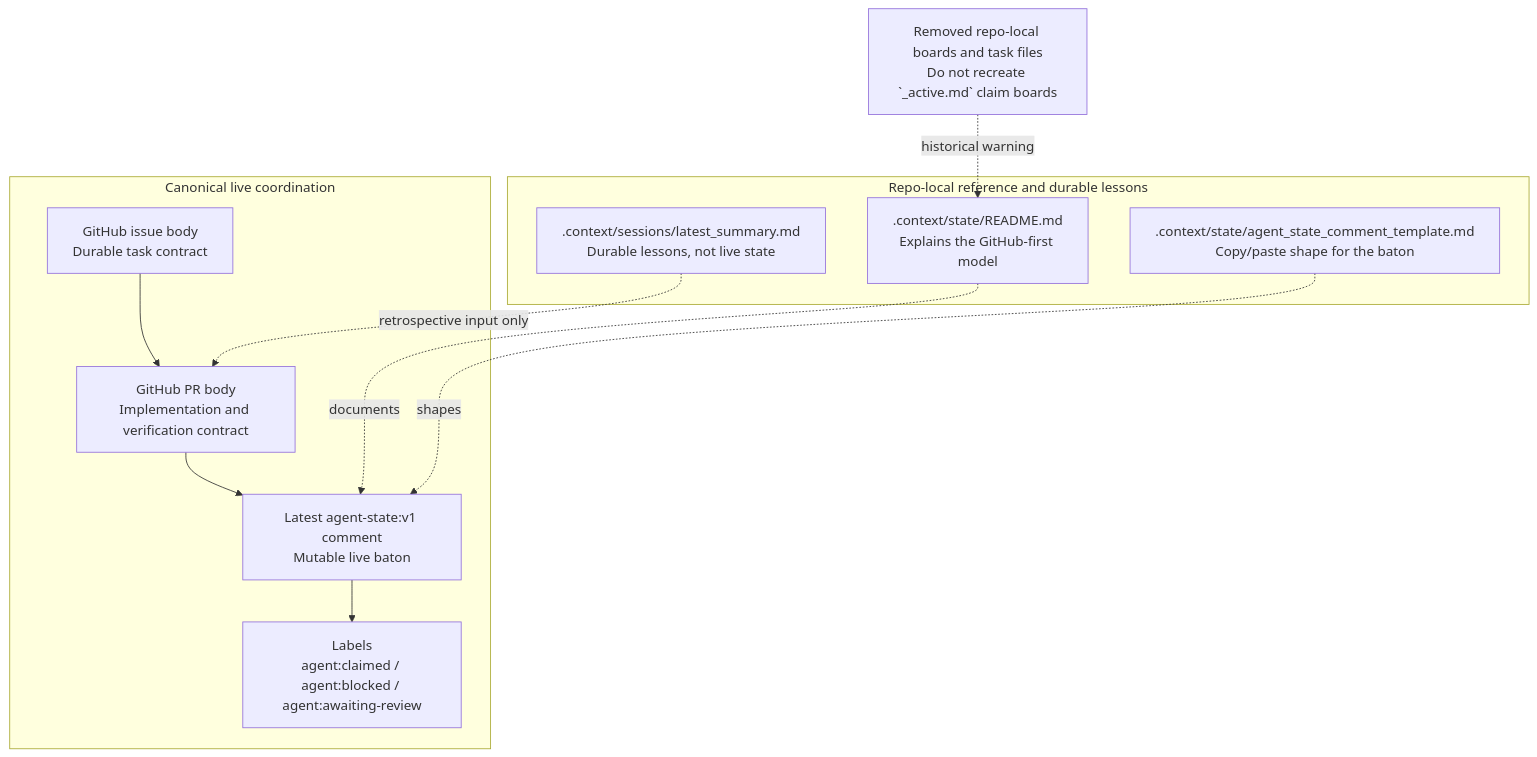
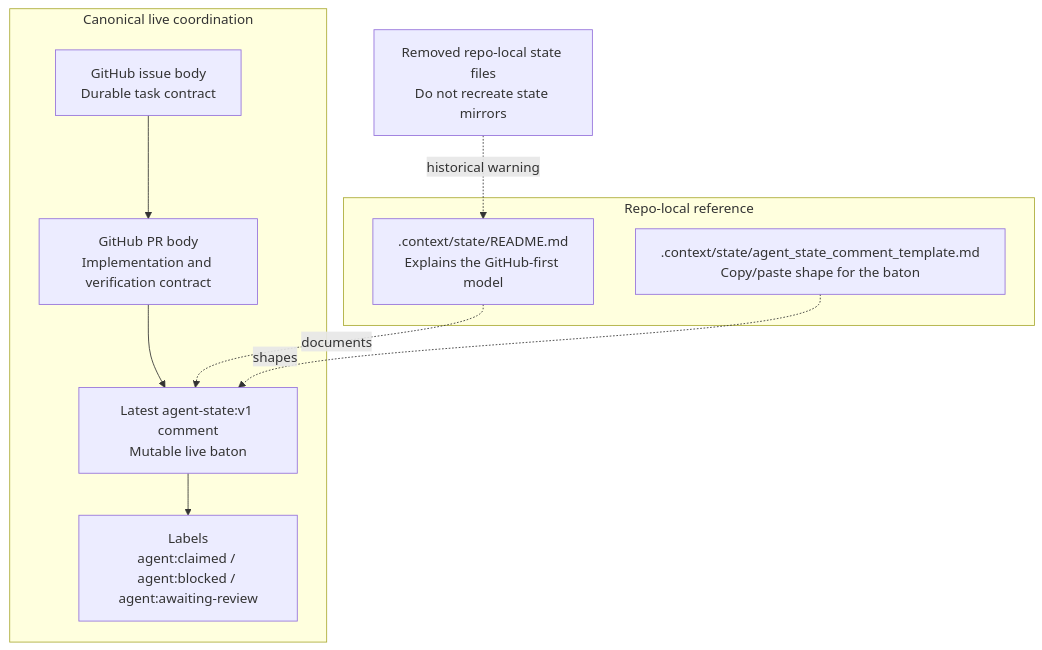
Before and after one commit to mikejmckinney/ai-repo-template: the diagram in .context/vision/architecture/state-surfaces.md, drawn with Mermaid. The commit also changed other lines of this file and 67 other files, not shown here.

````diff
--- a/.context/vision/architecture/state-surfaces.md
+++ b/.context/vision/architecture/state-surfaces.md
@@ -5,20 +6,17 @@
 ```mermaid
 flowchart TD
     subgraph GitHubLiveState[Canonical live coordination]
         Issue["GitHub issue body<br>Durable task contract"] --> PR["GitHub PR body<br>Implementation and verification contract"]
         PR --> Baton["Latest agent-state:v1 comment<br>Mutable live baton"]
         Baton --> Labels["Labels<br>agent:claimed / agent:blocked / agent:awaiting-review"]
     end
 
-    subgraph RepoLocalReference[Repo-local reference and durable lessons]
+    subgraph RepoLocalReference[Repo-local reference]
         StateReadme[".context/state/README.md<br>Explains the GitHub-first model"]
         StateTemplate[".context/state/agent_state_comment_template.md<br>Copy/paste shape for the baton"]
-        Sessions[".context/sessions/latest_summary.md<br>Durable lessons, not live state"]
     end
 
     StateReadme -. documents .-> Baton
     StateTemplate -. shapes .-> Baton
-    Sessions -. retrospective input only .-> PR
-
-        Removed["Removed repo-local boards and task files<br>Do not recreate `_active.md` claim boards"] -. historical warning .-> StateReadme
+    Removed["Removed repo-local state files<br>Do not recreate state mirrors"] -. historical warning .-> StateReadme
 ```
````
